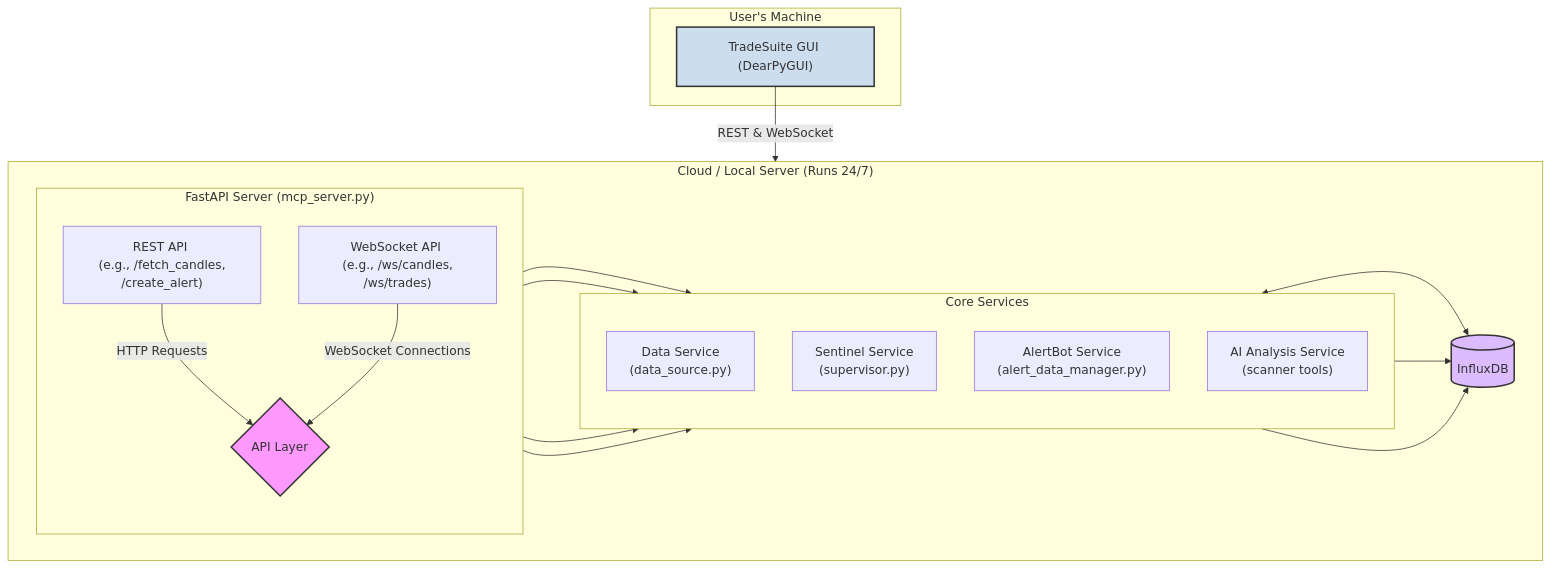
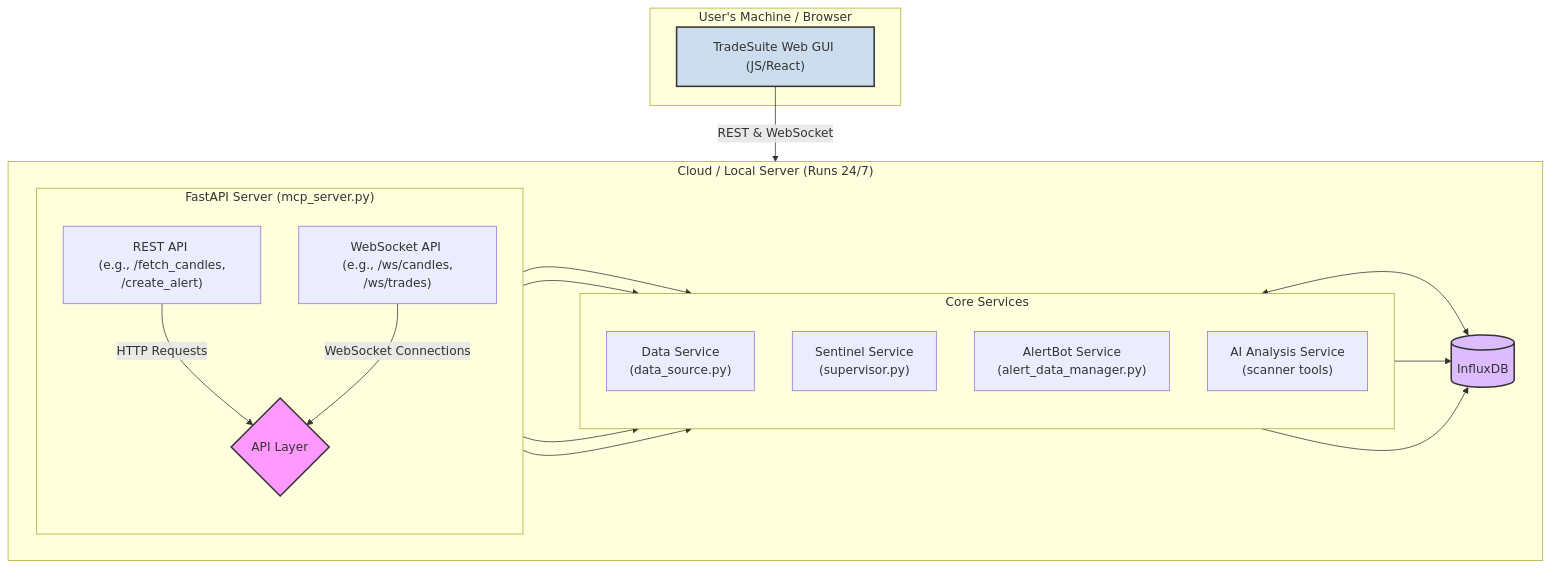
Before and after one commit to pattty847/Trade-Suite-v2: the diagram in docs/design_documents/active_proposals/trade_suite_full_ai_sentinel_integration.md, drawn with Mermaid. The commit also changed other lines of this file and 3 other files, not shown here.

````diff
--- a/docs/design_documents/active_proposals/trade_suite_full_ai_sentinel_integration.md
+++ b/docs/design_documents/active_proposals/trade_suite_full_ai_sentinel_integration.md
@@ -11,45 +11,45 @@
 ```mermaid
 graph TD;
     subgraph "Cloud / Local Server (Runs 24/7)"
         direction LR
         
         subgraph "FastAPI Server (mcp_server.py)"
             direction TB
             A["REST API <br/> (e.g., /fetch_candles, /create_alert)"]
             B["WebSocket API <br/> (e.g., /ws/candles, /ws/trades)"]
             A -- HTTP Requests --> C
             B -- WebSocket Connections --> C
             C{API Layer}
             
         end
 
         subgraph "Core Services"
             direction TB
             D["Data Service <br/> (data_source.py)"]
             S["Sentinel Service <br/> (supervisor.py)"]
             AB["AlertBot Service <br/> (alert_data_manager.py)"]
             AI["AI Analysis Service <br/> (scanner tools)"]
         end
         
         C --> D
         C --> S
         C --> AB
         C --> AI
 
         InfluxDB[(InfluxDB)]
 
         D <--> InfluxDB
         S --> InfluxDB
         AI --> InfluxDB
     end
 
-    subgraph "User's Machine"
-        TS_GUI["TradeSuite GUI (DearPyGUI)"]
+    subgraph "User's Machine / Browser"
+        TS_GUI["TradeSuite Web GUI (JS/React)"]
     end
 
     TS_GUI -- "REST & WebSocket" --> C;
 
     style TS_GUI fill:#cde,stroke:#333,stroke-width:2px
     style InfluxDB fill:#dbf,stroke:#333,stroke-width:2px
     style C fill:#f9f,stroke:#333,stroke-width:2px
 ```
````
